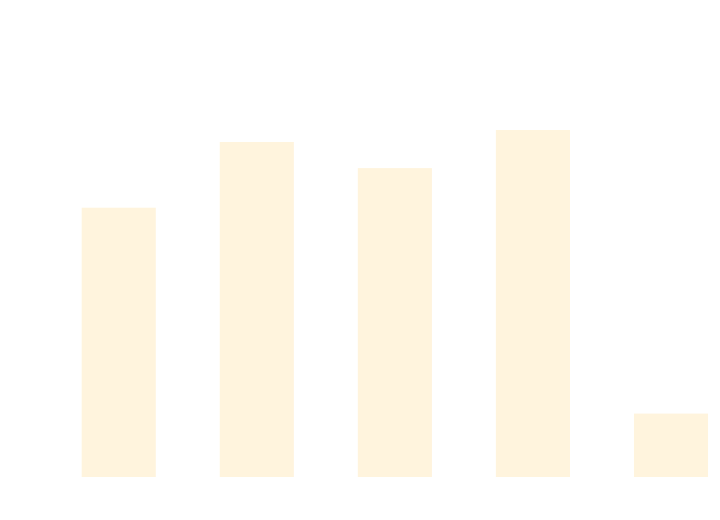
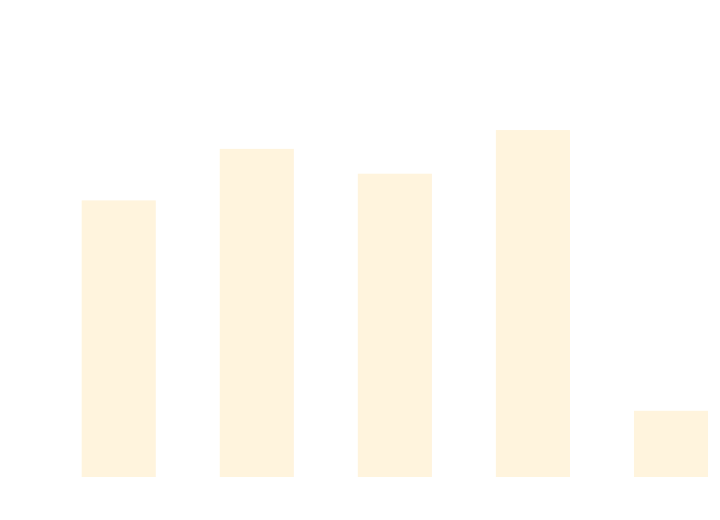
The diagram in docs/docs/benchmarks/AsyncTests.md (thomhurst/TUnit), drawn with Mermaid before and after one commit. The commit also changed other lines of this file and 17 other files, not shown here.

````diff
--- a/docs/docs/benchmarks/AsyncTests.md
+++ b/docs/docs/benchmarks/AsyncTests.md
@@ -27,37 +27,37 @@
 ```mermaid
 %%{init: {
   'theme':'base',
   'themeVariables': {
     'primaryColor': '#2563eb',
     'primaryTextColor': '#ffffff',
     'primaryBorderColor': '#1e40af',
     'lineColor': '#6b7280',
     'secondaryColor': '#7c3aed',
     'tertiaryColor': '#dc2626',
     'background': '#ffffff',
     'mainBkg': '#2563eb',
     'secondBkg': '#7c3aed',
     'tertiaryBkg': '#dc2626',
     'clusterBkg': '#f3f4f6',
     'edgeLabelBackground': '#ffffff',
     'tertiaryTextColor': '#1f2937',
     'pie1': '#2563eb',
     'pie2': '#7c3aed',
     'pie3': '#dc2626',
     'pie4': '#f59e0b',
     'pie5': '#10b981',
     'pie6': '#06b6d4',
     'pie7': '#ec4899',
     'pie8': '#6366f1',
     'pie9': '#84cc16',
     'pie10': '#f97316',
     'pie11': '#14b8a6',
     'pie12': '#a855f7'
   }
 }}%%
 xychart-beta
   title "AsyncTests Performance Comparison"
   x-axis ["TUnit", "NUnit", "MSTest", "xUnit3", "TUnit_AOT"]
-  y-axis "Time (ms)" 0 --> 921
-  bar [591.3, 740, 680.9, 767.1, 125.4]
+  y-axis "Time (ms)" 0 --> 857
+  bar [565.6, 674.1, 621.8, 713.7, 122.6]
 ```
````
